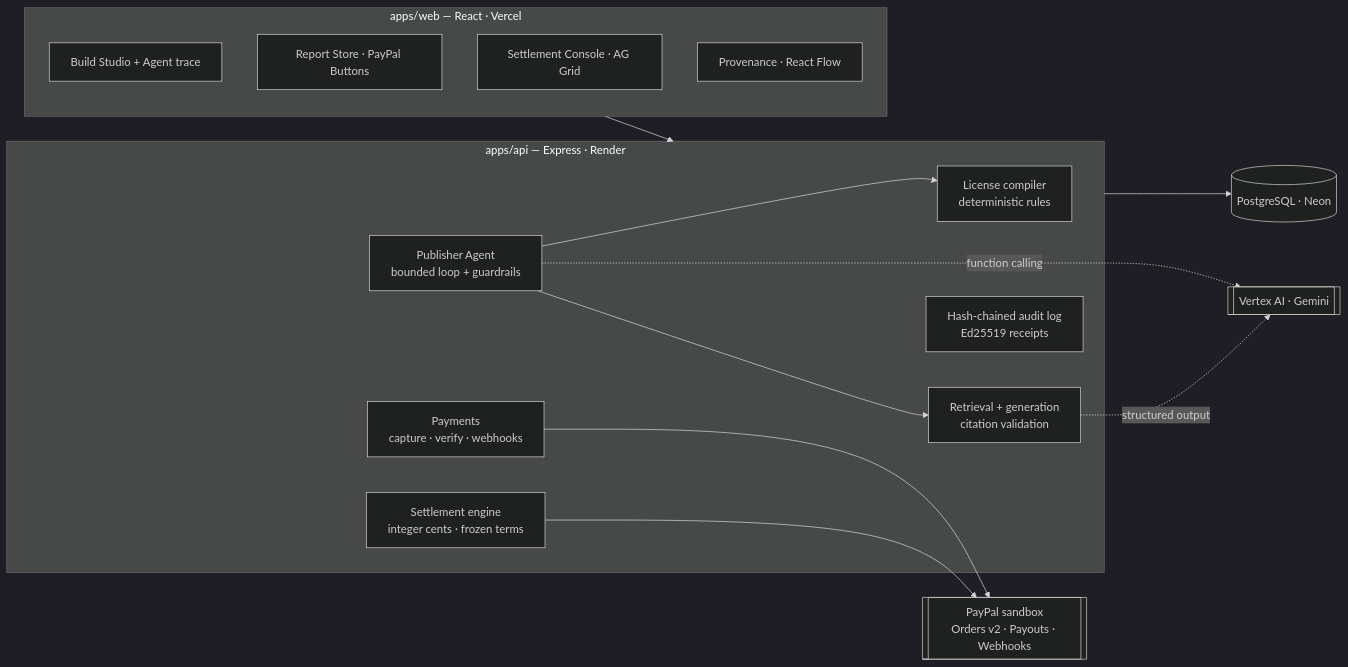
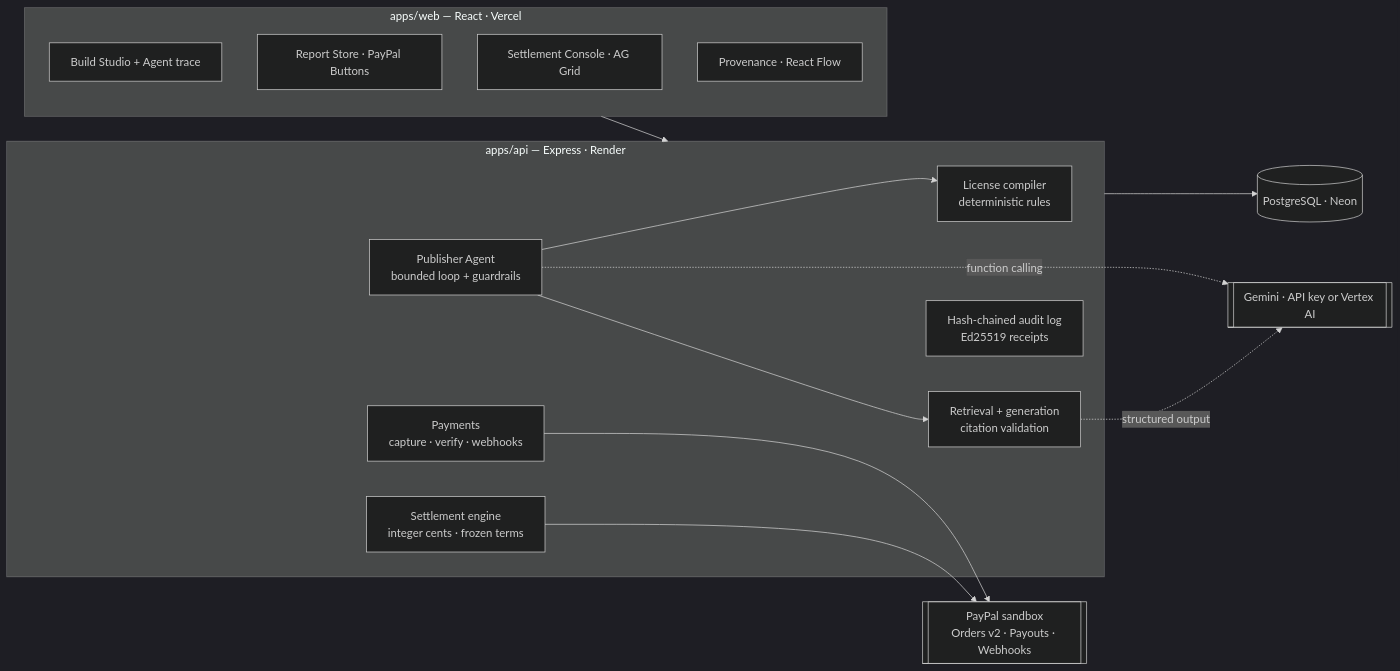
Before and after one commit to UjjwalCodes01/TracePay: the diagram in README.md, drawn with Mermaid (dark theme). The commit also changed other lines of this file and 9 other files, not shown here.

First line of the commit message:
Run Gemini with an API key from Google AI Studio, not only through Vertex AI

````diff
--- a/README.md
+++ b/README.md
@@ -119,29 +119,29 @@
 ```mermaid
 flowchart LR
   subgraph Web["apps/web — React · Vercel"]
     Studio[Build Studio + Agent trace]
     Store[Report Store · PayPal Buttons]
     Console[Settlement Console · AG Grid]
     Graph[Provenance · React Flow]
   end
   subgraph API["apps/api — Express · Render"]
     Compiler[License compiler<br/>deterministic rules]
     Agent[Publisher Agent<br/>bounded loop + guardrails]
     Gen[Retrieval + generation<br/>citation validation]
     Pay[Payments<br/>capture · verify · webhooks]
     Settle[Settlement engine<br/>integer cents · frozen terms]
     Audit[Hash-chained audit log<br/>Ed25519 receipts]
   end
   DB[(PostgreSQL · Neon)]
-  Vertex[[Vertex AI · Gemini]]
+  Vertex[[Gemini · API key or Vertex AI]]
   PayPal[[PayPal sandbox<br/>Orders v2 · Payouts · Webhooks]]
 
   Web --> API
   Agent --> Compiler
   Agent --> Gen
   Agent -. function calling .-> Vertex
   Gen -. structured output .-> Vertex
   Pay --> PayPal
   Settle --> PayPal
   API --> DB
 ```
````
